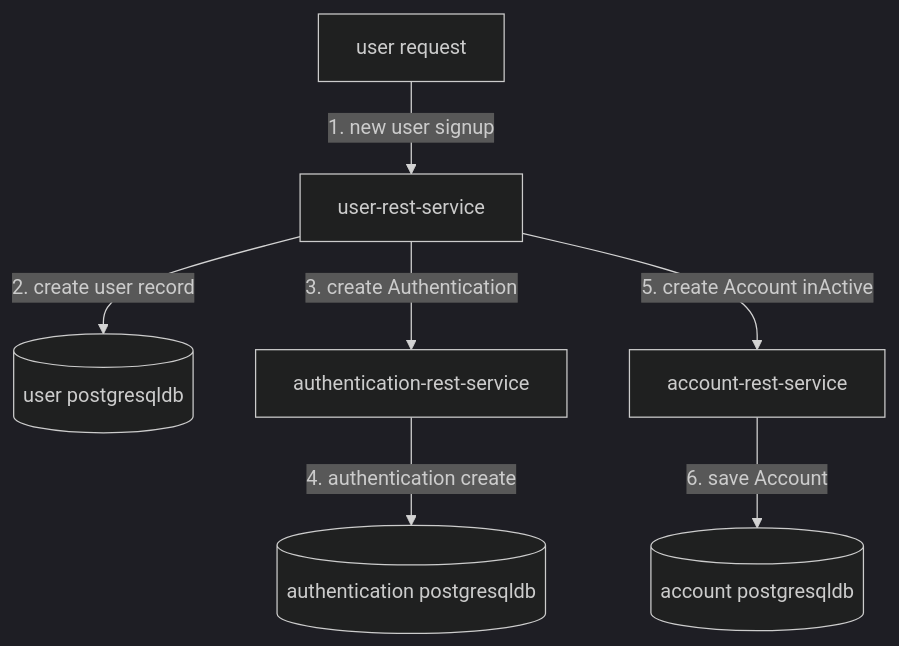
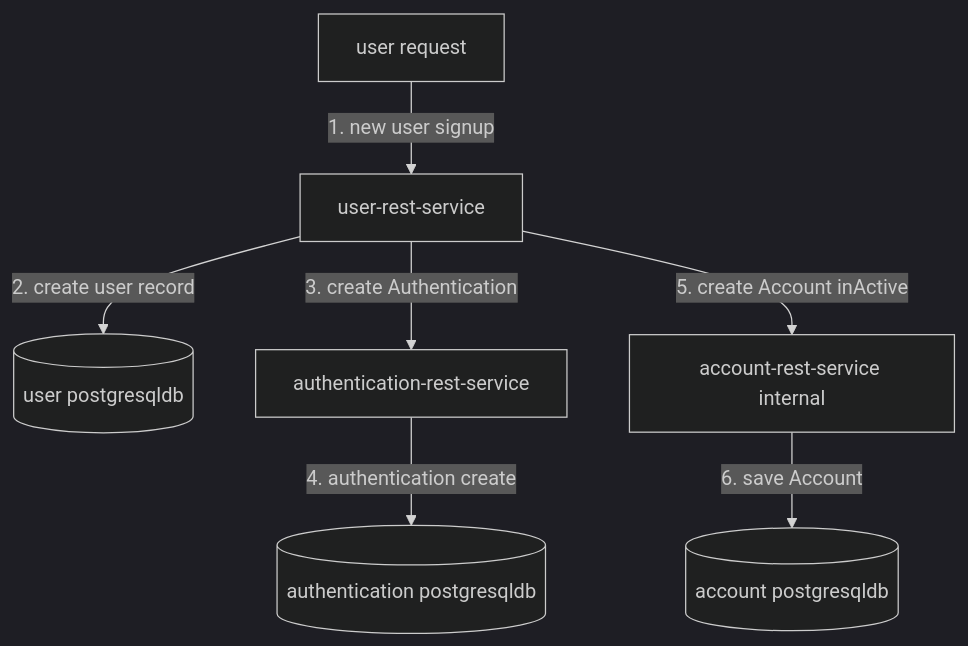
The second of 4 diagrams in README.md (sonamsamdupkhangsar/sonamsamdupkhangsar.github.io), drawn with Mermaid (dark theme) before and after one commit. The commit also changed other lines of this file, not shown here.

````diff
--- a/README.md
+++ b/README.md
@@ -38,9 +38,9 @@
 ```mermaid
 flowchart TD
-    Request[user request] --> |1. new user signup| UserRestService[user-rest-service]
+    UserRequest[user request] --> |1. new user signup| UserRestService[user-rest-service]
     UserRestService -->|2. create user record| UserPgsqlDb[(user postgresqldb)]
     UserRestService -->|3. create Authentication | AuthenticationRestService[authentication-rest-service]
     AuthenticationRestService -->|4. authentication create| AuthenticationPgsqlDb[(authentication postgresqldb)]
-    UserRestService -->|5. create Account inActive| AccountRestService[account-rest-service]
+    UserRestService -->|5. create Account inActive| AccountRestService[account-rest-service internal]
     AccountRestService -->|6. save Account| AccountPgsqlDb[(account postgresqldb)]
 ```
````
